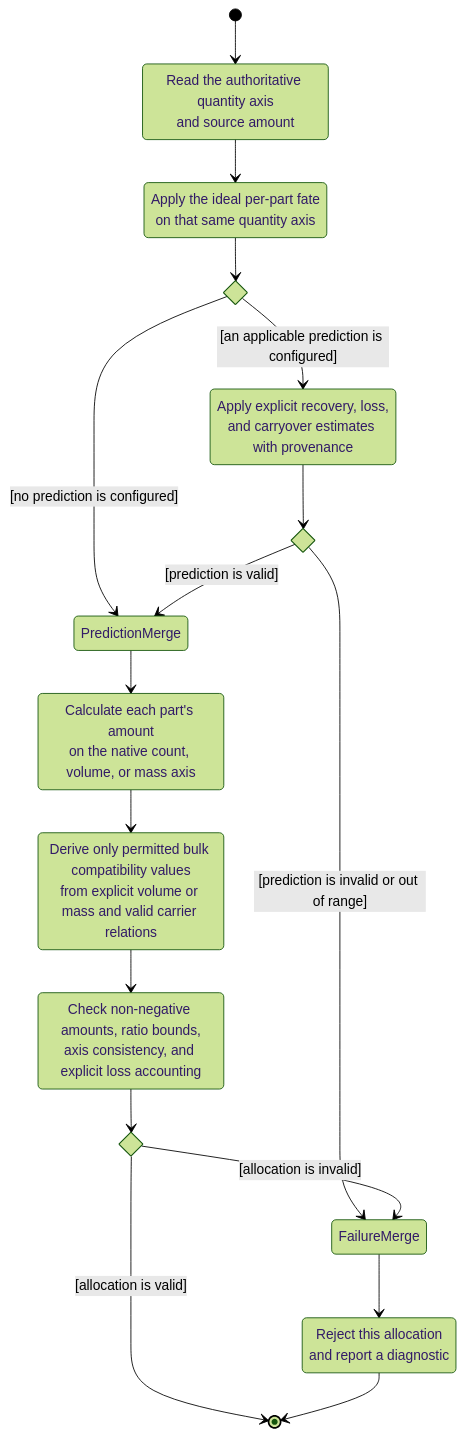
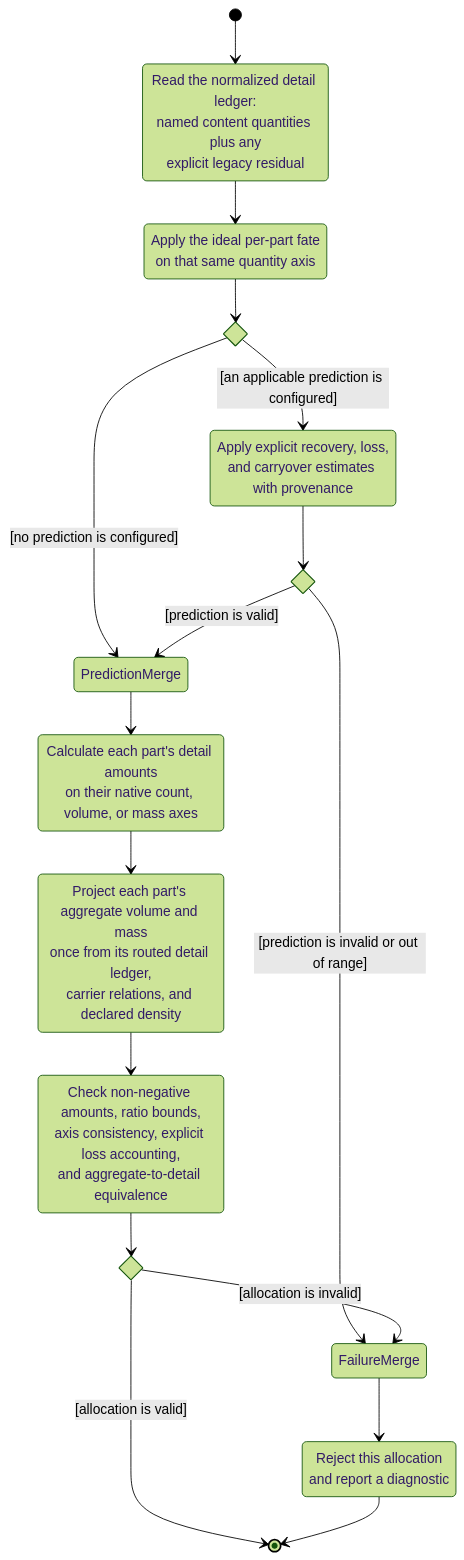
One commit to culsma/culsma changed the seventh of 13 diagrams in docs/architecture/material_compute_module_diagrams.md. Above: the diagram before and after it, drawn with Mermaid (forest theme). The commit also changed other lines of this file and 10 other files, not shown here.

Commit message:
fix(material): derive separation aggregates from component detail

````diff
--- a/docs/architecture/material_compute_module_diagrams.md
+++ b/docs/architecture/material_compute_module_diagrams.md
@@ -362,40 +396,40 @@
 ```mermaid
 stateDiagram-v2
     direction TB
 
     [*] --> ReadQuantity
-    state "Read the authoritative quantity axis<br/>and source amount" as ReadQuantity
+    state "Read the normalized detail ledger:<br/>named content quantities plus any<br/>explicit legacy residual" as ReadQuantity
     state "Apply the ideal per-part fate<br/>on that same quantity axis" as ApplyIdealFate
     ReadQuantity --> ApplyIdealFate
 
     state PredictionChoice <<choice>>
     ApplyIdealFate --> PredictionChoice
     PredictionChoice --> ApplyPrediction : [an applicable prediction is configured]
     PredictionChoice --> PredictionMerge : [no prediction is configured]
 
     state "Apply explicit recovery, loss,<br/>and carryover estimates with provenance" as ApplyPrediction
     state PredictionValidity <<choice>>
     ApplyPrediction --> PredictionValidity
     PredictionValidity --> PredictionMerge : [prediction is valid]
     PredictionValidity --> FailureMerge : [prediction is invalid or out of range]
 
     state PredictionMerge <<choice>>
-    state "Calculate each part's amount<br/>on the native count, volume, or mass axis" as CalculateNativeAmounts
+    state "Calculate each part's detail amounts<br/>on their native count, volume, or mass axes" as CalculateNativeAmounts
     PredictionMerge --> CalculateNativeAmounts
 
-    state "Derive only permitted bulk compatibility values<br/>from explicit volume or mass and valid carrier relations" as DeriveBulk
+    state "Project each part's aggregate volume and mass<br/>once from its routed detail ledger,<br/>carrier relations, and declared density" as DeriveBulk
     CalculateNativeAmounts --> DeriveBulk
 
-    state "Check non-negative amounts, ratio bounds,<br/>axis consistency, and explicit loss accounting" as ValidateAllocation
+    state "Check non-negative amounts, ratio bounds,<br/>axis consistency, explicit loss accounting,<br/>and aggregate-to-detail equivalence" as ValidateAllocation
     DeriveBulk --> ValidateAllocation
 
     state AllocationValidity <<choice>>
     ValidateAllocation --> AllocationValidity
     AllocationValidity --> [*] : [allocation is valid]
     AllocationValidity --> FailureMerge : [allocation is invalid]
 
     state FailureMerge <<choice>>
     state "Reject this allocation<br/>and report a diagnostic" as Reject
     FailureMerge --> Reject
     Reject --> [*]
 ```
````
